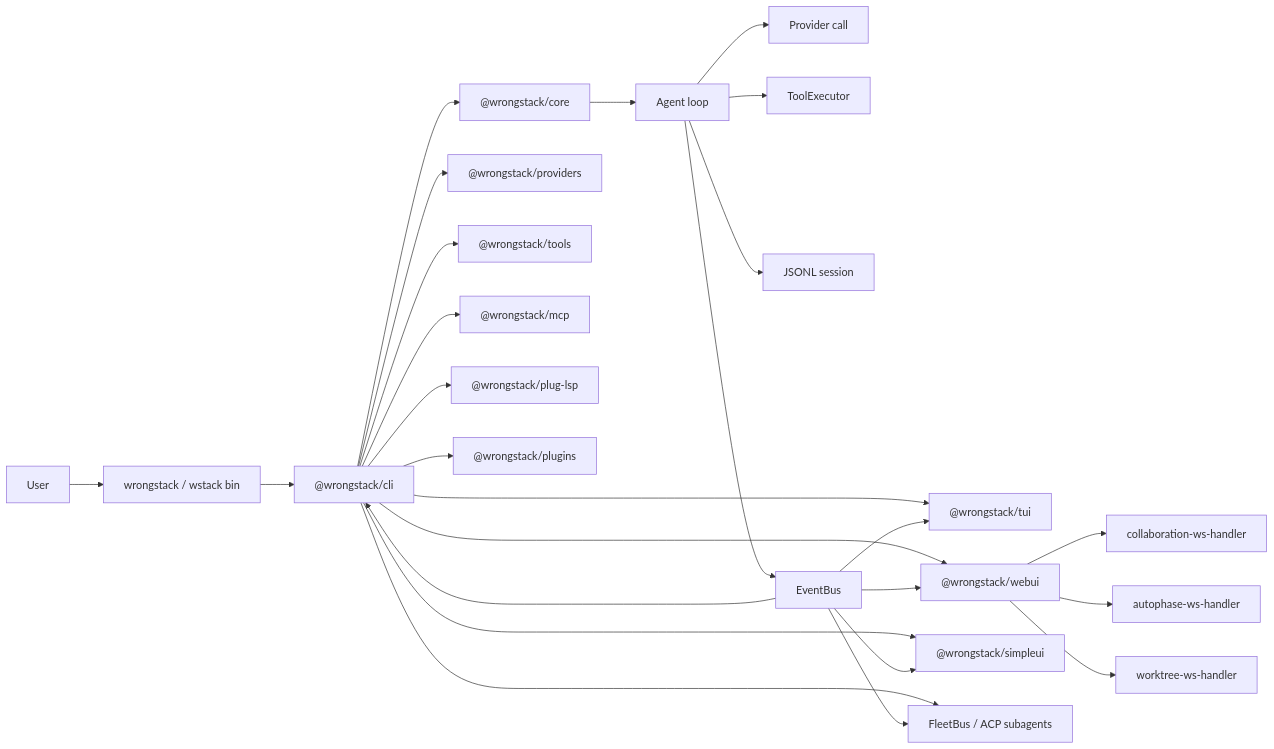
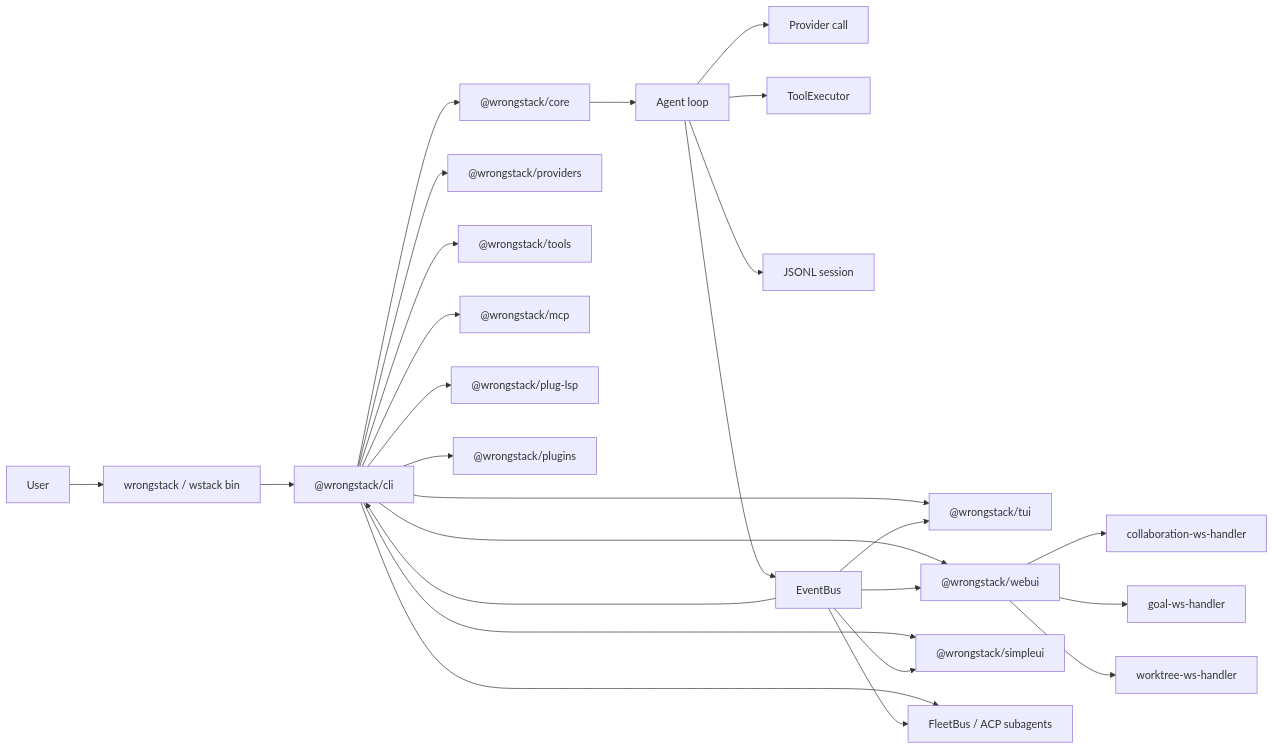
One commit to HoneyAdam/WrongStack changed the first of 22 diagrams in docs/architecture-root.md. Above: the diagram before and after it, drawn with Mermaid. The commit also changed other lines of this file and 31 other files, not shown here.

First line of the commit message:
refactor: rename: migrate functional autophase→goal references in source, tests, and docs

````diff
--- a/docs/architecture-root.md
+++ b/docs/architecture-root.md
@@ -20,29 +20,29 @@
 ```mermaid
 flowchart LR
   User[User] --> Entry[wrongstack / wstack bin]
   Entry --> CLI["@wrongstack/cli"]
   CLI --> Core["@wrongstack/core"]
   CLI --> Providers["@wrongstack/providers"]
   CLI --> Tools["@wrongstack/tools"]
   CLI --> MCP["@wrongstack/mcp"]
   CLI --> TUI["@wrongstack/tui"]
   CLI --> WebUI["@wrongstack/webui"]
   CLI --> SimpleUI["@wrongstack/simpleui"]
   CLI --> LSP["@wrongstack/plug-lsp"]
   CLI --> ACP["@wrongstack/acp"]
   CLI --> Plugins["@wrongstack/plugins"]
 
   Core --> Agent[Agent loop]
   Agent --> Provider[Provider call]
   Agent --> Executor[ToolExecutor]
   Agent --> Session[JSONL session]
   Agent --> Events[EventBus]
   Events --> CLI
   Events --> TUI
   Events --> WebUI
   Events --> SimpleUI
   Events --> ACP[FleetBus / ACP subagents]
   WebUI --> CollaborationWS[collaboration-ws-handler]
-  WebUI --> AutophaseWS[autophase-ws-handler]
+  WebUI --> GoalWS[goal-ws-handler]
   WebUI --> WorktreeWS[worktree-ws-handler]
 ```
````
